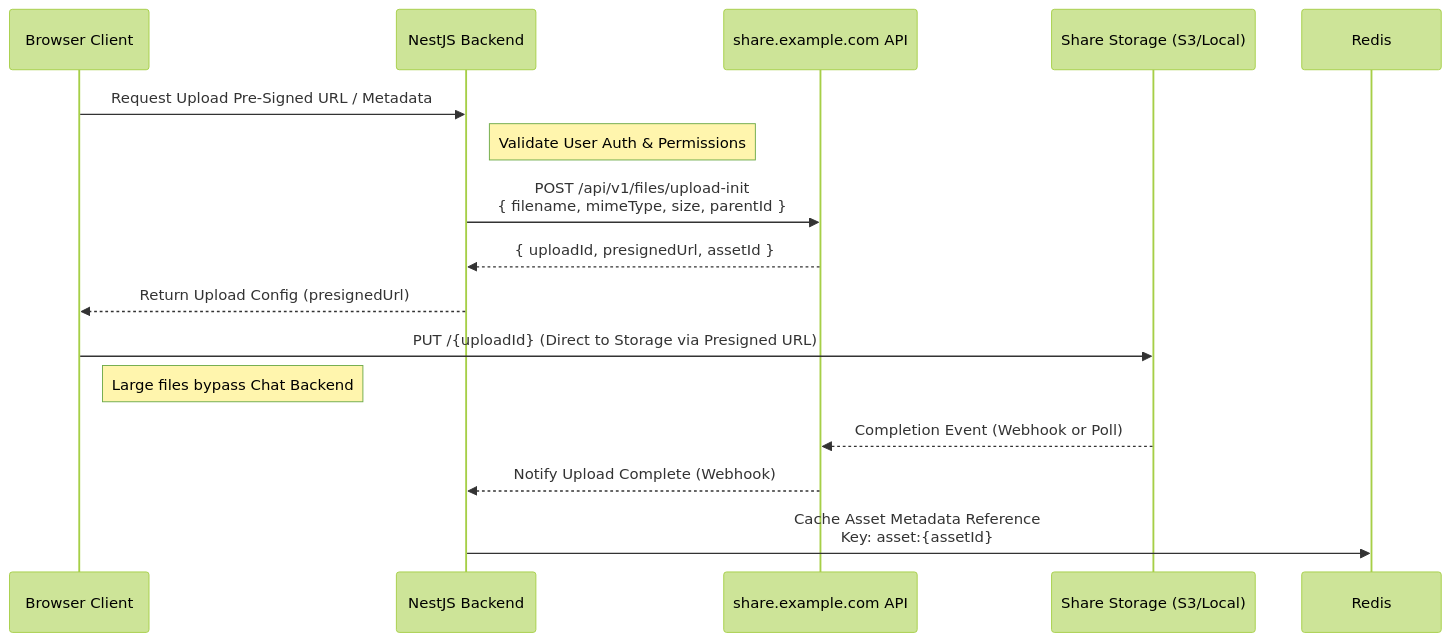
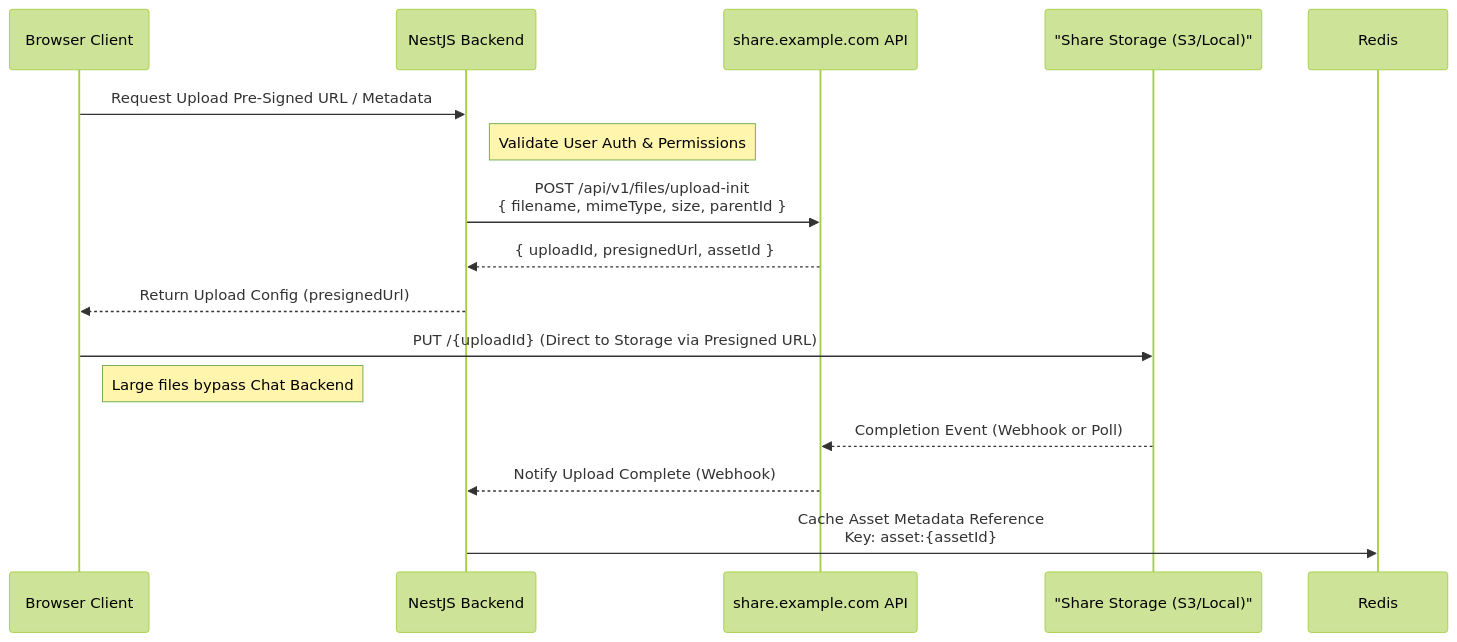
Before and after one commit to MinionEnjoyer/OpenChat: the sixth of 9 diagrams in docs/ARCHITECTURE.md, drawn with Mermaid (forest theme). The commit also changed other lines of this file and 1 other file, not shown here.

First line of the commit message:
docs: fix Mermaid diagram syntax in ARCHITECTURE.md (quoted labels)

````diff
--- a/docs/ARCHITECTURE.md
+++ b/docs/ARCHITECTURE.md
@@ -541,24 +541,24 @@
 ```mermaid
 sequenceDiagram
     participant User as Browser Client
     participant ChatApp as NestJS Backend
     participant ShareAPI as share.example.com API
-    participant Storage as Share Storage (S3/Local)
+    participant Storage as "Share Storage (S3/Local)"
 
     User->>ChatApp: Request Upload Pre-Signed URL / Metadata
     Note right of ChatApp: Validate User Auth & Permissions
     
     ChatApp->>ShareAPI: POST /api/v1/files/upload-init<br/>{ filename, mimeType, size, parentId }
     
     ShareAPI-->>ChatApp: { uploadId, presignedUrl, assetId }
     
     ChatApp-->>User: Return Upload Config (presignedUrl)
     
     User->>Storage: PUT /{uploadId} (Direct to Storage via Presigned URL)
     Note right of User: Large files bypass Chat Backend
     
     Storage-->>ShareAPI: Completion Event (Webhook or Poll)
     ShareAPI-->>ChatApp: Notify Upload Complete (Webhook)
     
     ChatApp->>Redis: Cache Asset Metadata Reference<br/>Key: asset:{assetId}
 ```
````
